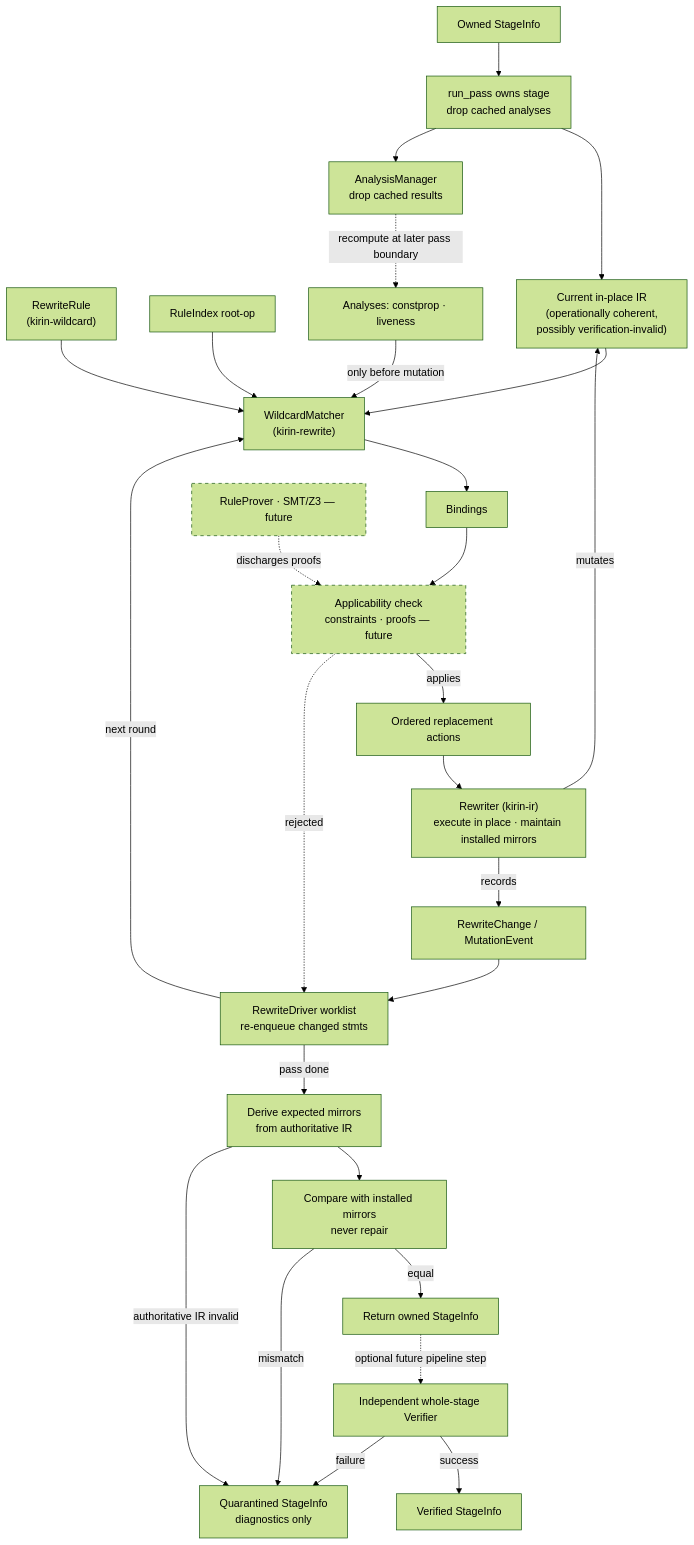
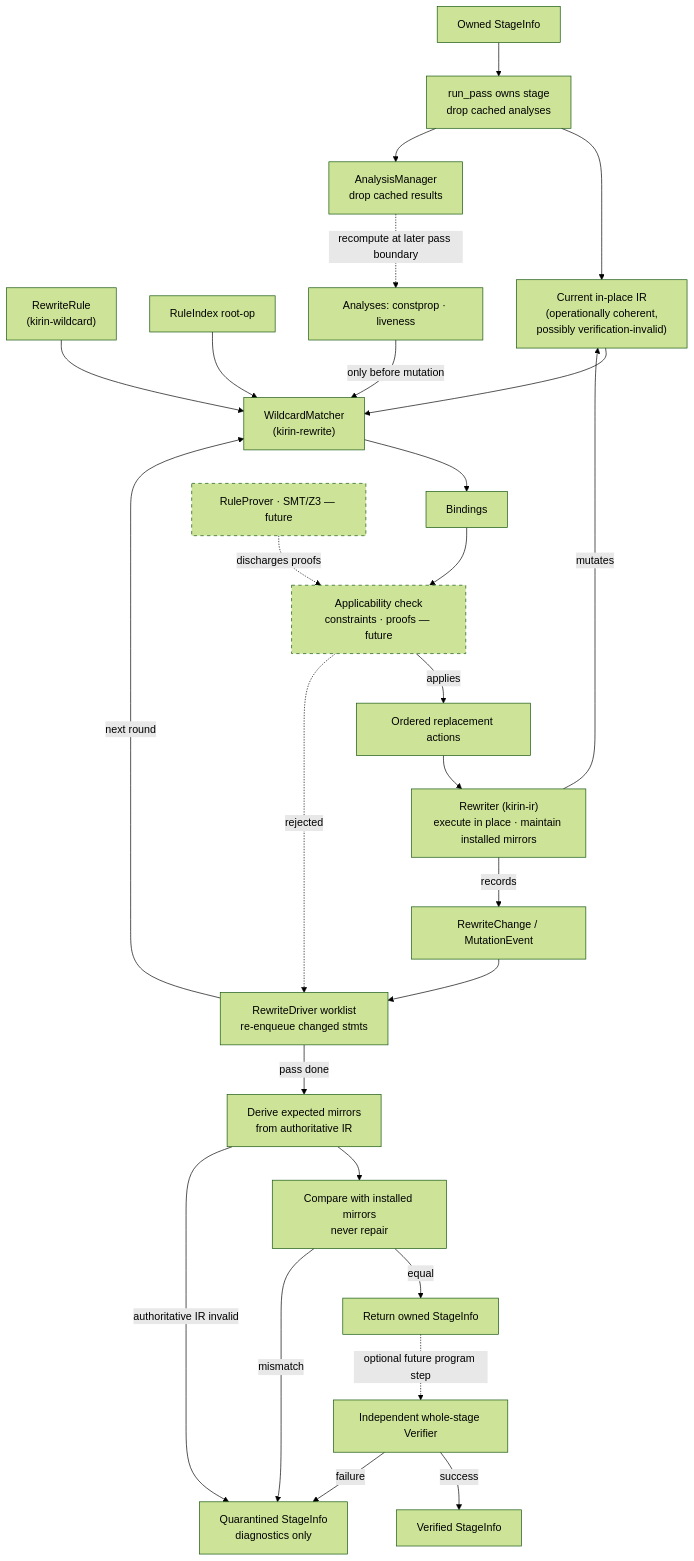
Before and after one commit to QuEraComputing/kirin: the second of 3 diagrams in docs/design/rewrite-engine.md, drawn with Mermaid (forest theme). The commit also changed other lines of this file and 106 other files, not shown here.

Commit message:
Refactor to use Program instead of Pipeline. Updated visualization accordingly.

````diff
--- a/docs/design/rewrite-engine.md
+++ b/docs/design/rewrite-engine.md
@@ -164,32 +164,32 @@
 ```mermaid
 flowchart TB
   PUB["Owned StageInfo"] --> OWN["run_pass owns stage<br/>drop cached analyses"]
   RR["RewriteRule<br/>(kirin-wildcard)"] --> M["WildcardMatcher<br/>(kirin-rewrite)"]
   RI["RuleIndex root-op"] --> M
   OWN --> IRIN["Current in-place IR<br/>(operationally coherent,<br/>possibly verification-invalid)"]
   IRIN --> M
   M --> B["Bindings"]
   B --> CHK["Applicability check<br/>constraints · proofs — future"]
   CHK -->|applies| ACT["Ordered replacement actions"]
   CHK -.->|rejected| DRV
   ACT --> RW["Rewriter (kirin-ir)<br/>execute in place · maintain installed mirrors"]
   RW -->|mutates| IRIN
   RW -->|records| EV["RewriteChange / MutationEvent"]
   EV --> DRV["RewriteDriver worklist<br/>re-enqueue changed stmts"]
   DRV -->|next round| M
   DRV -->|pass done| DER["Derive expected mirrors<br/>from authoritative IR"]
   DER --> CMP["Compare with installed mirrors<br/>never repair"]
   CMP -->|equal| OUT["Return owned StageInfo"]
   DER -->|authoritative IR invalid| ABT["Quarantined StageInfo<br/>diagnostics only"]
   CMP -->|mismatch| ABT
-  OUT -.->|optional future pipeline step| VER["Independent whole-stage Verifier"]
+  OUT -.->|optional future program step| VER["Independent whole-stage Verifier"]
   VER -->|success| VOUT["Verified StageInfo"]
   VER -->|failure| ABT
   OWN --> AM["AnalysisManager<br/>drop cached results"]
   ANA["Analyses: constprop · liveness"] -->|only before mutation| M
   AM -.->|recompute at later pass boundary| ANA
   RB["RuleProver · SMT/Z3 — future"] -.->|discharges proofs| CHK
 
   style CHK stroke-dasharray: 5 5
   style RB stroke-dasharray: 5 5
 ```
````
